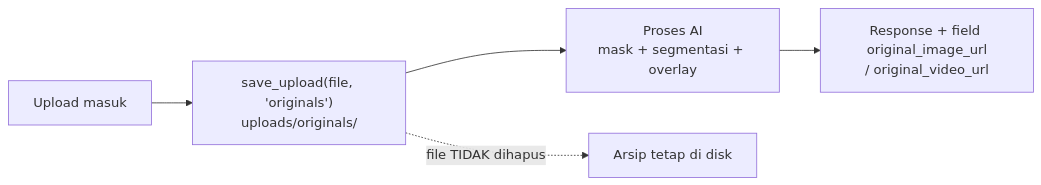
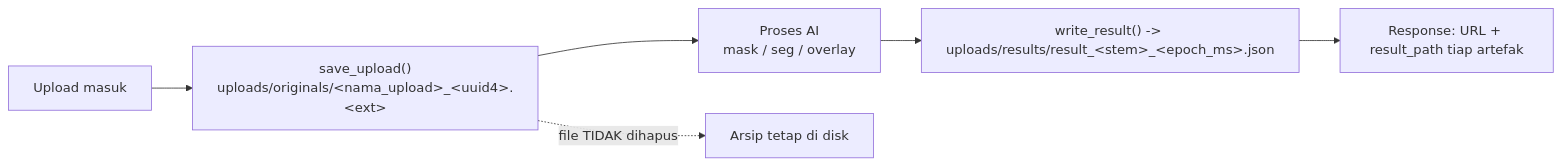
Before and after one commit to Chimera-pkg/uvip-ai: the fifth of 5 diagrams in docs/ALUR_PIPELINE.md, drawn with Mermaid. The commit also changed other lines of this file and 28 other files, not shown here.

````diff
--- a/docs/ALUR_PIPELINE.md
+++ b/docs/ALUR_PIPELINE.md
@@ -148,7 +148,8 @@
 ```mermaid
 flowchart LR
-    A[Upload masuk] --> B["save_upload(file, 'originals')<br/>uploads/originals/"]
-    B --> C[Proses AI<br/>mask + segmentasi + overlay]
-    C --> D[Response + field original_image_url<br/>/ original_video_url]
-    B -.->|file TIDAK dihapus| E[Arsip tetap di disk]
+    A[Upload masuk] --> B["save_upload()<br/>uploads/originals/&lt;nama_upload&gt;_&lt;uuid4&gt;.&lt;ext&gt;"]
+    B --> C[Proses AI<br/>mask / seg / overlay]
+    C --> D["write_result() -> uploads/results/result_&lt;stem&gt;_&lt;epoch_ms&gt;.json"]
+    D --> E[Response: URL + result_path tiap artefak]
+    B -.->|file TIDAK dihapus| G[Arsip tetap di disk]
 ```
````
